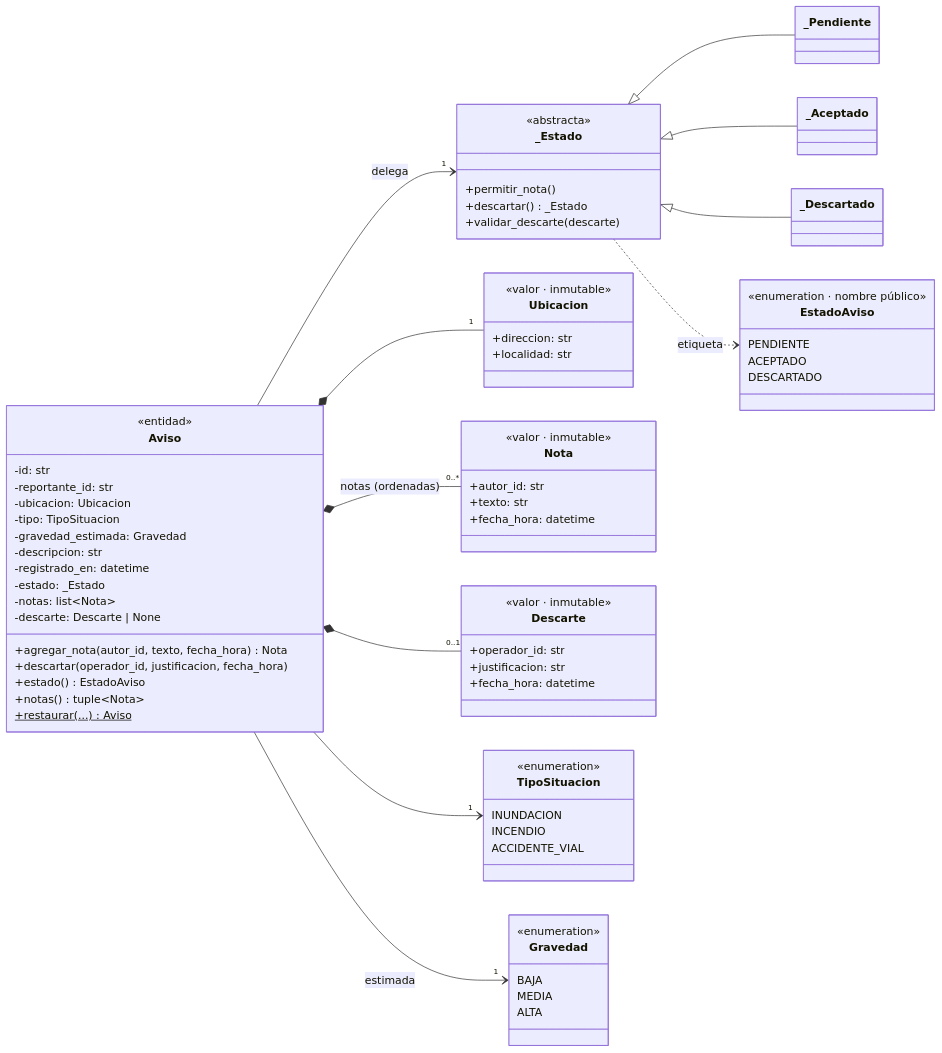
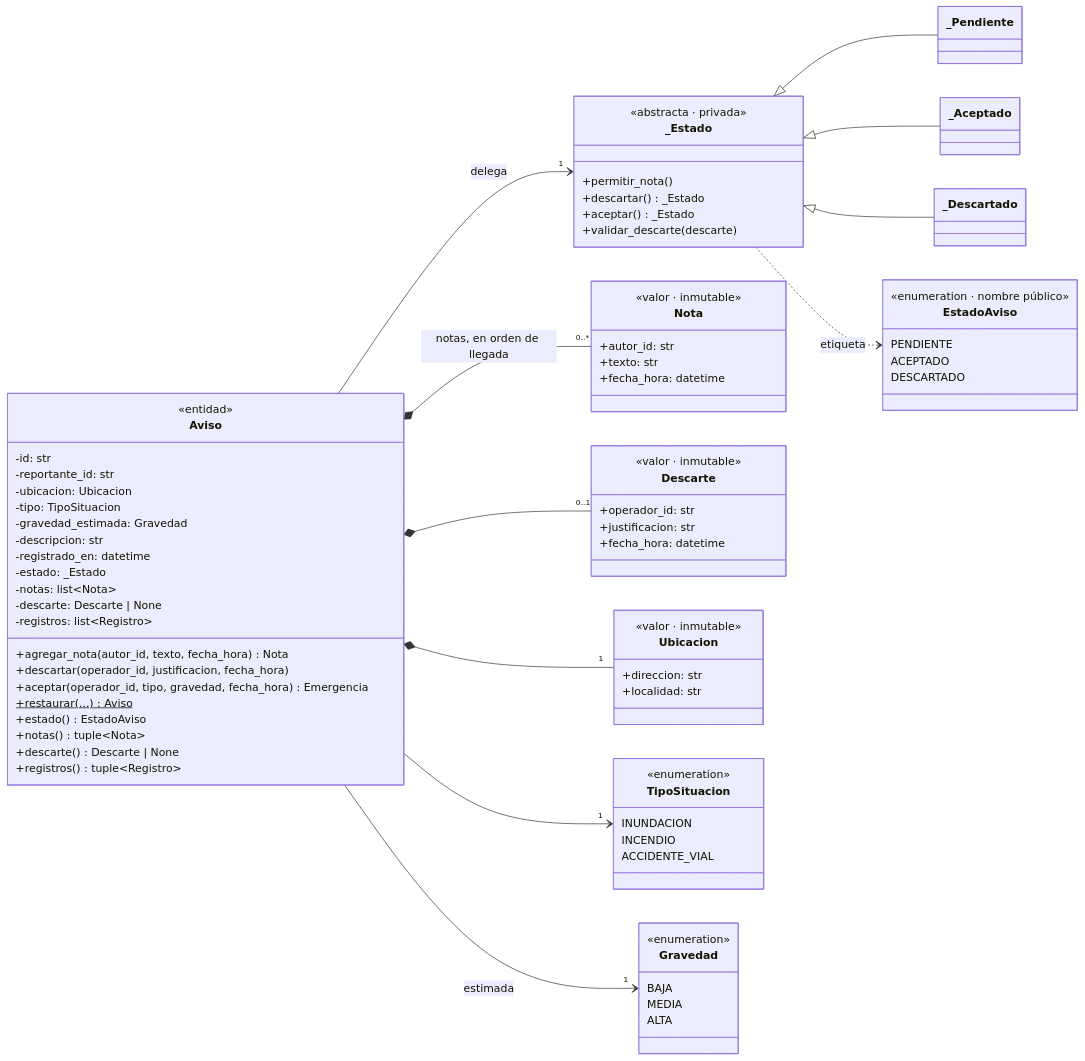
One commit to franacu/ProyectoFinal-PP5 changed the first of 2 diagrams in docs/avance-1.md. Above: the diagram before and after it, drawn with Mermaid. The commit also changed other lines of this file, not shown here.

```diff
--- a/docs/avance-1.md
+++ b/docs/avance-1.md
@@ -21,29 +35,27 @@
         -estado: _Estado
         -notas: list~Nota~
         -descarte: Descarte | None
+        -registros: list~Registro~
         +agregar_nota(autor_id, texto, fecha_hora) Nota
         +descartar(operador_id, justificacion, fecha_hora)
+        +aceptar(operador_id, tipo, gravedad, fecha_hora) Emergencia
+        +restaurar(...)$ Aviso
         +estado() EstadoAviso
         +notas() tuple~Nota~
-        +restaurar(...)$ Aviso
+        +descarte() Descarte | None
+        +registros() tuple~Registro~
     }
 
     class _Estado {
-        <<abstracta>>
+        <<abstracta · privada>>
         +permitir_nota()
         +descartar() _Estado
+        +aceptar() _Estado
         +validar_descarte(descarte)
     }
-
     class _Pendiente
     class _Aceptado
     class _Descartado
-
-    class Ubicacion {
-        <<valor · inmutable>>
-        +direccion: str
-        +localidad: str
-    }
 
     class Nota {
         <<valor · inmutable>>
@@ -57,6 +69,12 @@
         +operador_id: str
         +justificacion: str
         +fecha_hora: datetime
+    }
+
+    class Ubicacion {
+        <<valor · inmutable>>
+        +direccion: str
+        +localidad: str
     }
 
     class EstadoAviso {
@@ -81,7 +99,7 @@
     }
 
     Aviso *-- "1" Ubicacion
-    Aviso *-- "0..*" Nota : notas (ordenadas)
+    Aviso *-- "0..*" Nota : notas, en orden de llegada
     Aviso *-- "0..1" Descarte
     Aviso --> "1" _Estado : delega
     _Estado <|-- _Pendiente
```
